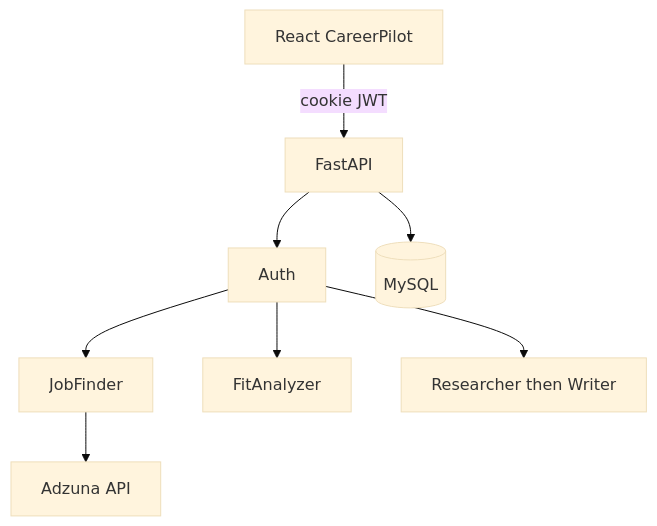
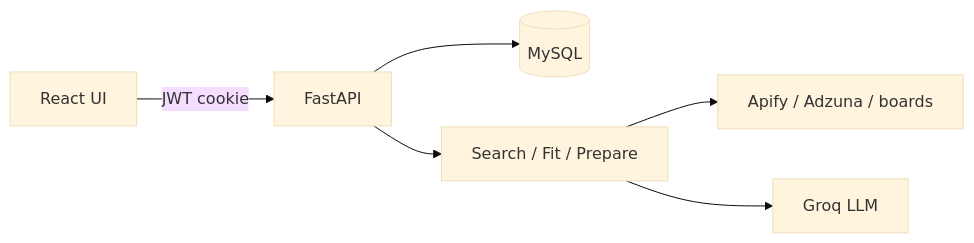
The diagram in README.md (aniketdalalml-creator/ai_job_application_agent), drawn with Mermaid (base theme) before and after one commit. The commit also changed other lines of this file, not shown here.

````diff
--- a/README.md
+++ b/README.md
@@ -9,10 +26,8 @@
 ```mermaid
-flowchart TD
-    UI[React CareerPilot] -->|cookie JWT| API[FastAPI]
-    API --> Auth[Auth]
-    Auth --> Finder[JobFinder]
-    Auth --> Fit[FitAnalyzer]
-    Auth --> Writer[Researcher then Writer]
-    Finder --> Adzuna[Adzuna API]
-    API --> DB[(MySQL)]
+flowchart LR
+  UI[React UI] -->|JWT cookie| API[FastAPI]
+  API --> DB[(MySQL)]
+  API --> Worker[Search / Fit / Prepare]
+  Worker --> Jobs[Apify / Adzuna / boards]
+  Worker --> Groq[Groq LLM]
 ```
````
